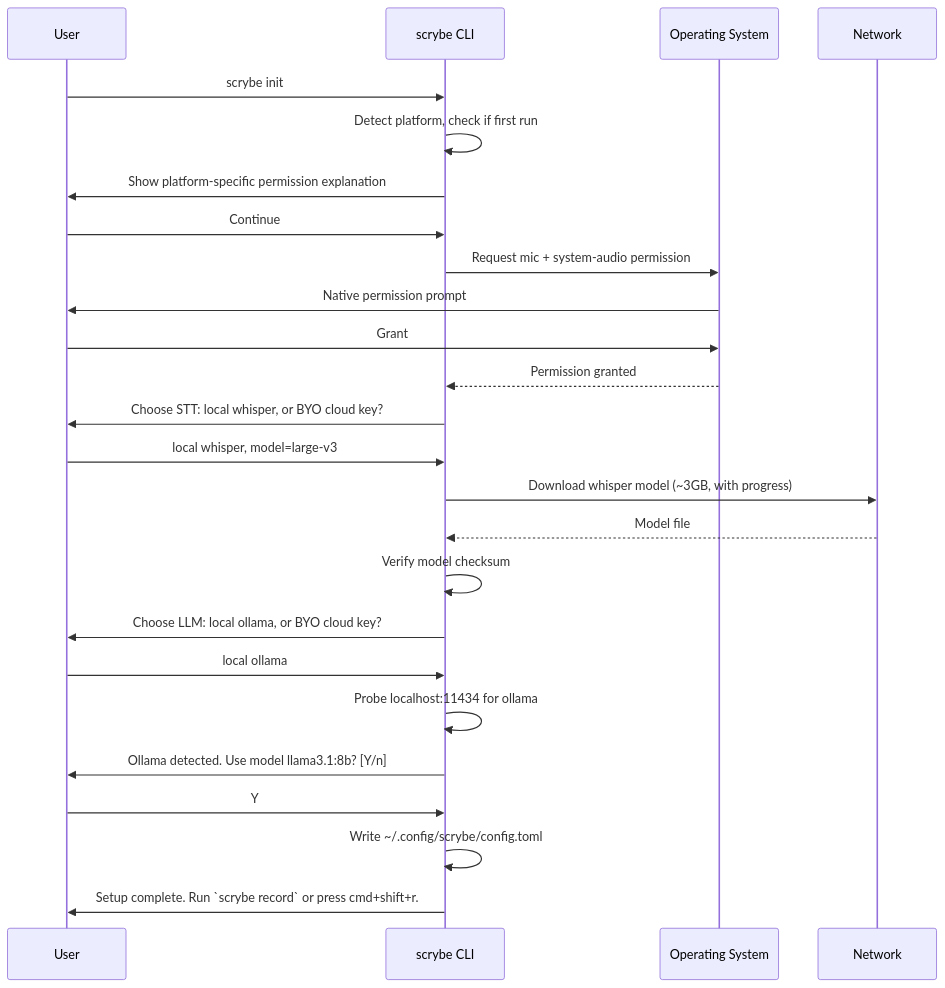
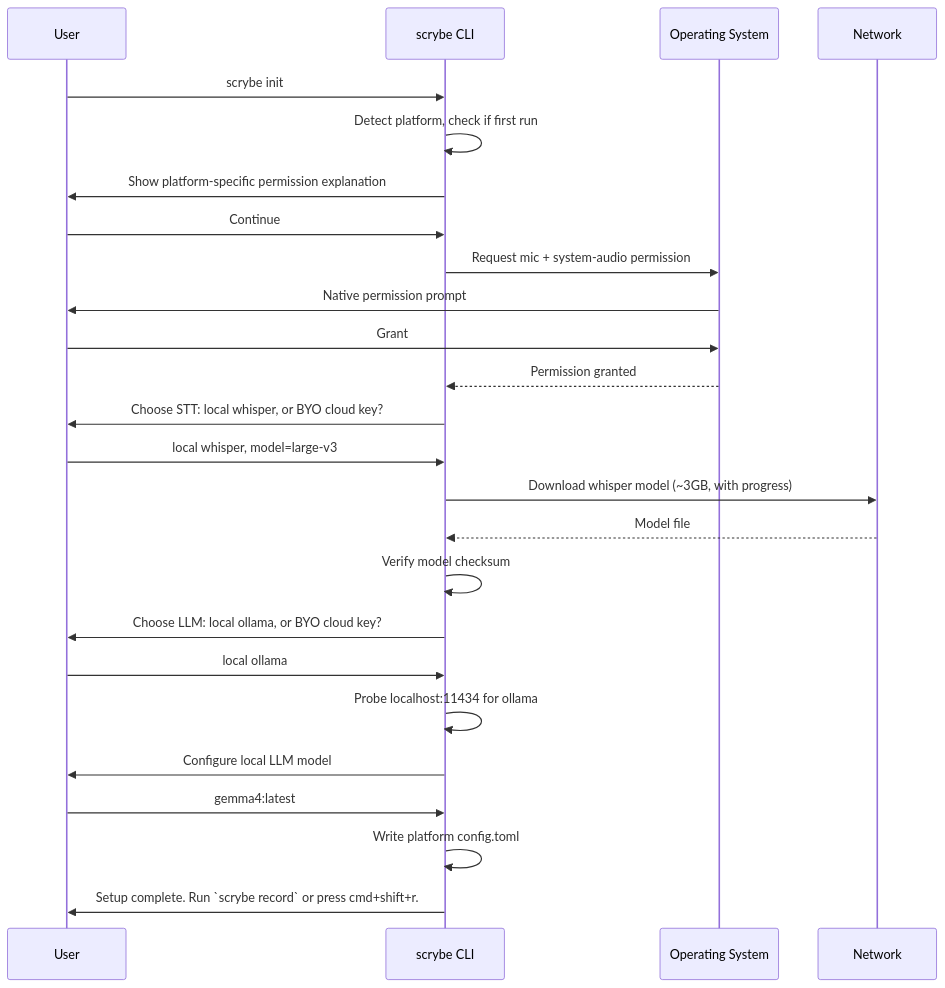
One commit to Mathews-Tom/scrybe changed the third of 6 diagrams in docs/system-design.md. Above: the diagram before and after it, drawn with Mermaid. The commit also changed other lines of this file and 1 other file, not shown here.

Commit message:
docs: document config-first recording flow

````diff
--- a/docs/system-design.md
+++ b/docs/system-design.md
@@ -665,28 +670,28 @@
 ```mermaid
 sequenceDiagram
     participant U as User
     participant CLI as scrybe CLI
     participant OS as Operating System
     participant Net as Network
 
     U->>CLI: scrybe init
     CLI->>CLI: Detect platform, check if first run
     CLI->>U: Show platform-specific permission explanation
     U->>CLI: Continue
     CLI->>OS: Request mic + system-audio permission
     OS->>U: Native permission prompt
     U->>OS: Grant
     OS-->>CLI: Permission granted
     CLI->>U: Choose STT: local whisper, or BYO cloud key?
     U->>CLI: local whisper, model=large-v3
     CLI->>Net: Download whisper model (~3GB, with progress)
     Net-->>CLI: Model file
     CLI->>CLI: Verify model checksum
     CLI->>U: Choose LLM: local ollama, or BYO cloud key?
     U->>CLI: local ollama
     CLI->>CLI: Probe localhost:11434 for ollama
-    CLI->>U: Ollama detected. Use model llama3.1:8b? [Y/n]
-    U->>CLI: Y
-    CLI->>CLI: Write ~/.config/scrybe/config.toml
+    CLI->>U: Configure local LLM model
+    U->>CLI: gemma4:latest
+    CLI->>CLI: Write platform config.toml
     CLI->>U: Setup complete. Run `scrybe record` or press cmd+shift+r.
 ```
````
